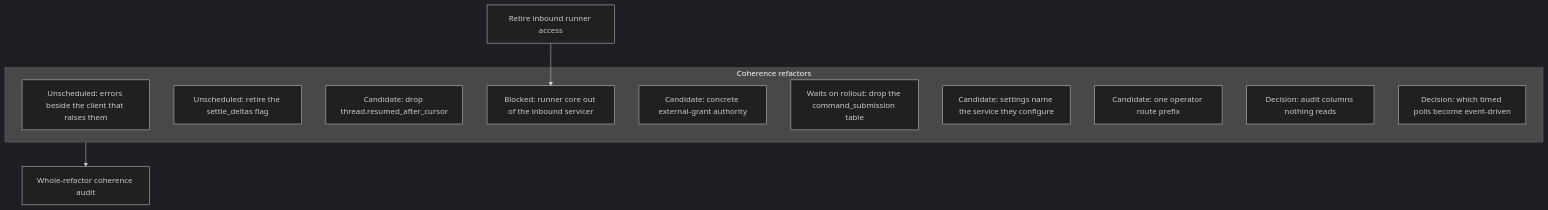
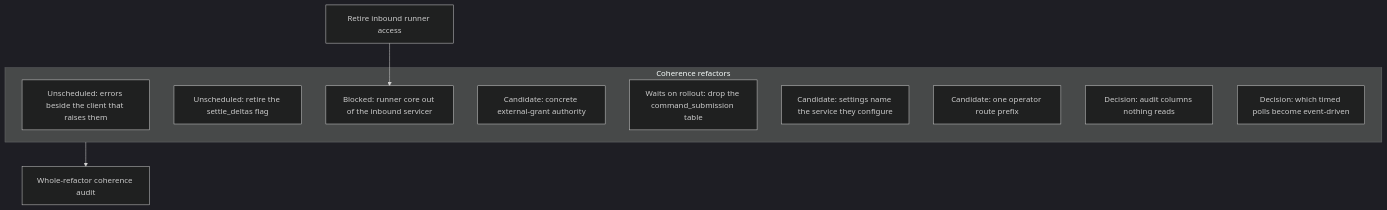
Diagram 14 of 14 in agentplane/plans/task_dag.md (agentydragon-agent/ducktape), drawn with Mermaid (dark theme) before and after one commit. The commit also changed other lines of this file and 4 other files, not shown here.

First line of the commit message:
agentplane/app: drop thread.resumed_after_cursor (#10113)

````diff
--- a/agentplane/plans/task_dag.md
+++ b/agentplane/plans/task_dag.md
@@ -940,18 +940,17 @@
 ```mermaid
 flowchart TD
     RUNNER_INBOUND_RETIRE[Retire inbound runner access]
     subgraph COHERENCE_REFACTORS[Coherence refactors]
         RUNNER_ERRORS_REHOME[Unscheduled: errors beside the client that raises them]
         SETTLE_DELTAS_ALWAYS_ON[Unscheduled: retire the settle_deltas flag]
-        THREAD_RESUME_COLUMN_DROP[Candidate: drop thread.resumed_after_cursor]
         RUNNER_CORE_SPLIT[Blocked: runner core out of the inbound servicer]
         ACTION_PROTOCOLS_CONCRETE[Candidate: concrete external-grant authority]
         COMMAND_SUBMISSION_DROP[Waits on rollout: drop the command_submission table]
         SERVICE_SETTING_NAMES[Candidate: settings name the service they configure]
         OPERATOR_ROUTE_PREFIX[Candidate: one operator route prefix]
         NOTIFICATION_WRITE_ONLY_COLUMNS[Decision: audit columns nothing reads]
         EVENT_DRIVEN_WAKEUPS[Decision: which timed polls become event-driven]
     end
     RUNNER_INBOUND_RETIRE --> RUNNER_CORE_SPLIT
     COHERENCE_REFACTORS --> REFACTOR_COHERENCE_AUDIT[Whole-refactor coherence audit]
 ```
````
